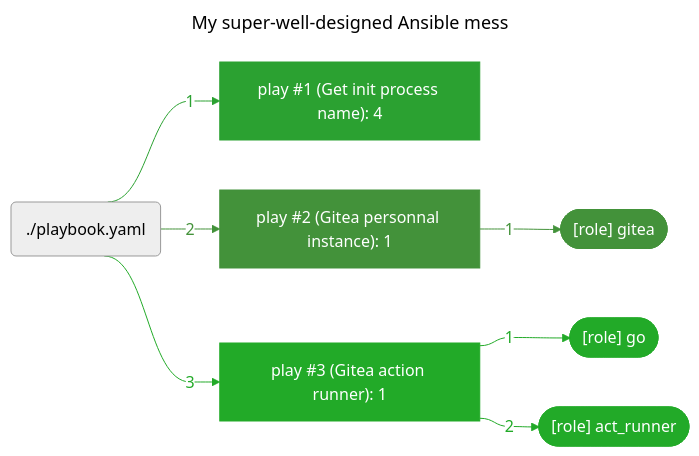
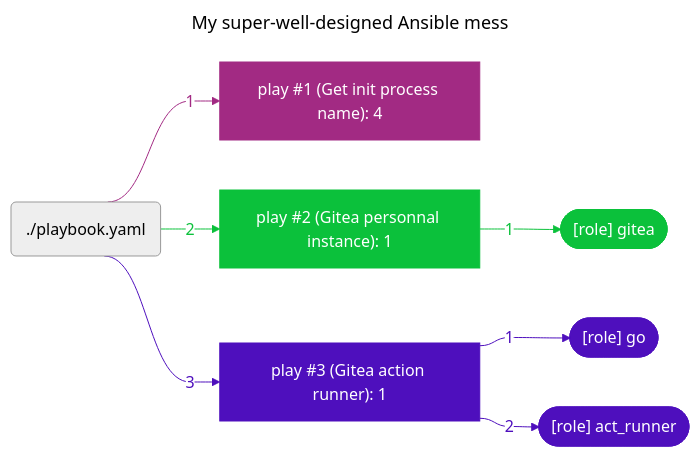
One commit to boyreau/boyreau changed the diagram in README.md. Above: the diagram before and after it, drawn with Mermaid (neutral theme).

Commit message:
profile graph automatic update

````diff
--- a/README.md
+++ b/README.md
@@ -48,47 +48,47 @@
 ```mermaid
 ---
 title: "My super-well-designed Ansible mess"
 ---
 %%{ init: { "flowchart": { "curve": "bumpX" } } }%%
 flowchart LR
 	%% Start of the playbook './playbook.yaml'
-	playbook_46c6d4d9("./playbook.yaml")
+	playbook_58771bd0("./playbook.yaml")
 		%% Start of the play 'play #1 (Get init process name): 4'
-		play_1eb6c2ff["play #1 (Get init process name): 4"]
-		style play_1eb6c2ff stroke:#2ba131,fill:#2ba131,color:#ffffff
-		playbook_46c6d4d9 --> |"1"| play_1eb6c2ff
-		linkStyle 0 stroke:#2ba131,color:#2ba131
+		play_516c29f7["play #1 (Get init process name): 4"]
+		style play_516c29f7 stroke:#a22a83,fill:#a22a83,color:#ffffff
+		playbook_58771bd0 --> |"1"| play_516c29f7
+		linkStyle 0 stroke:#a22a83,color:#a22a83
 		%% End of the play 'play #1 (Get init process name): 4'
 		%% Start of the play 'play #2 (Gitea personnal instance): 1'
-		play_5021d4b1["play #2 (Gitea personnal instance): 1"]
-		style play_5021d4b1 stroke:#43923a,fill:#43923a,color:#ffffff
-		playbook_46c6d4d9 --> |"2"| play_5021d4b1
-		linkStyle 1 stroke:#43923a,color:#43923a
+		play_67f67a36["play #2 (Gitea personnal instance): 1"]
+		style play_67f67a36 stroke:#0bc13b,fill:#0bc13b,color:#ffffff
+		playbook_58771bd0 --> |"2"| play_67f67a36
+		linkStyle 1 stroke:#0bc13b,color:#0bc13b
 			%% Start of the role '[role] gitea'
-			play_5021d4b1 --> |"1 "| role_f388aca4
-			linkStyle 2 stroke:#43923a,color:#43923a
-			role_f388aca4(["[role] gitea"])
-			style role_f388aca4 fill:#43923a,color:#ffffff,stroke:#43923a
+			play_67f67a36 --> |"1 "| role_1f3d9f96
+			linkStyle 2 stroke:#0bc13b,color:#0bc13b
+			role_1f3d9f96(["[role] gitea"])
+			style role_1f3d9f96 fill:#0bc13b,color:#ffffff,stroke:#0bc13b
 			%% End of the role '[role] gitea'
 		%% End of the play 'play #2 (Gitea personnal instance): 1'
 		%% Start of the play 'play #3 (Gitea action runner): 1'
-		play_da759632["play #3 (Gitea action runner): 1"]
-		style play_da759632 stroke:#22aa28,fill:#22aa28,color:#ffffff
-		playbook_46c6d4d9 --> |"3"| play_da759632
-		linkStyle 3 stroke:#22aa28,color:#22aa28
+		play_c1192f12["play #3 (Gitea action runner): 1"]
+		style play_c1192f12 stroke:#4e0fbd,fill:#4e0fbd,color:#ffffff
+		playbook_58771bd0 --> |"3"| play_c1192f12
+		linkStyle 3 stroke:#4e0fbd,color:#4e0fbd
 			%% Start of the role '[role] go'
-			play_da759632 --> |"1 "| role_91a6f8be
-			linkStyle 4 stroke:#22aa28,color:#22aa28
-			role_91a6f8be(["[role] go"])
-			style role_91a6f8be fill:#22aa28,color:#ffffff,stroke:#22aa28
+			play_c1192f12 --> |"1 "| role_fc9e2cc2
+			linkStyle 4 stroke:#4e0fbd,color:#4e0fbd
+			role_fc9e2cc2(["[role] go"])
+			style role_fc9e2cc2 fill:#4e0fbd,color:#ffffff,stroke:#4e0fbd
 			%% End of the role '[role] go'
 			%% Start of the role '[role] act_runner'
-			play_da759632 --> |"2 "| role_99b9d617
-			linkStyle 5 stroke:#22aa28,color:#22aa28
-			role_99b9d617(["[role] act_runner"])
-			style role_99b9d617 fill:#22aa28,color:#ffffff,stroke:#22aa28
+			play_c1192f12 --> |"2 "| role_c15c38af
+			linkStyle 5 stroke:#4e0fbd,color:#4e0fbd
+			role_c15c38af(["[role] act_runner"])
+			style role_c15c38af fill:#4e0fbd,color:#ffffff,stroke:#4e0fbd
 			%% End of the role '[role] act_runner'
 		%% End of the play 'play #3 (Gitea action runner): 1'
 	%% End of the playbook './playbook.yaml'
 
 ```
````
